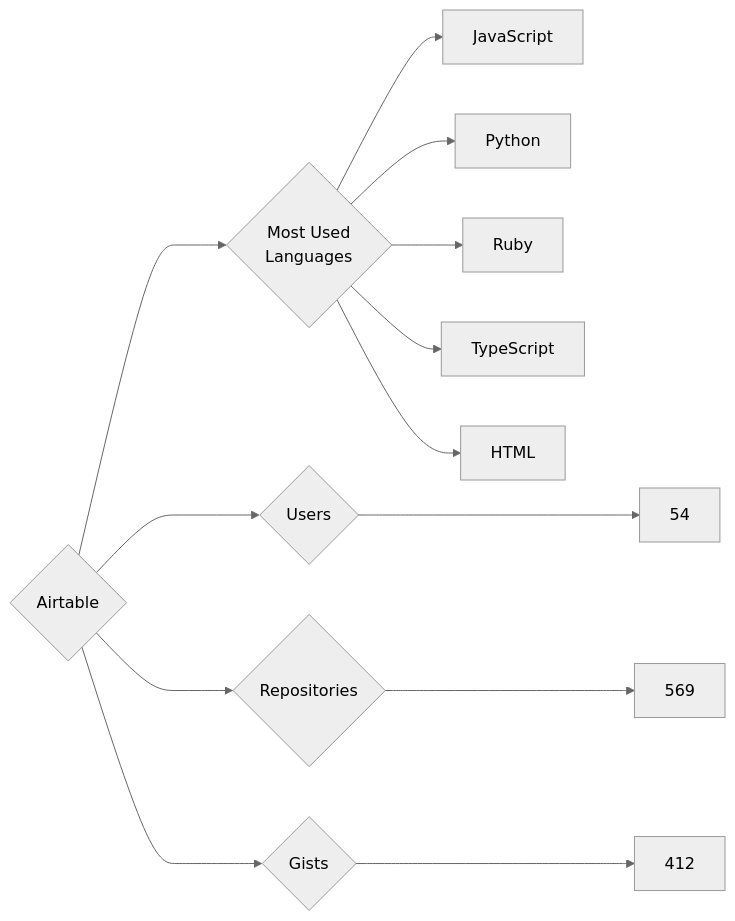
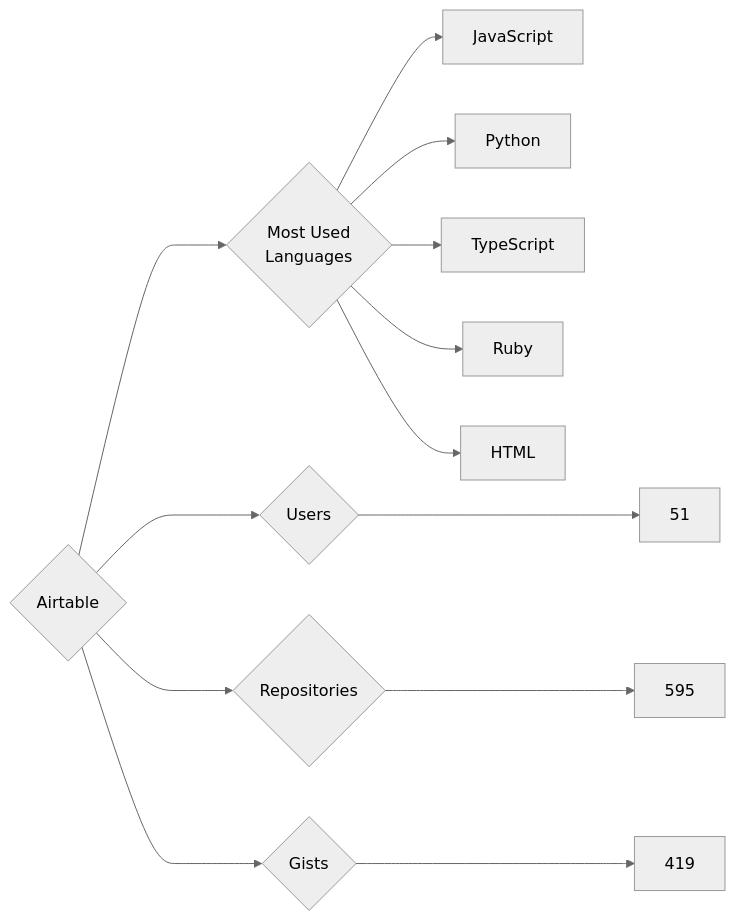
One commit to trickest/insiders changed the diagram in targets/Airtable/README.md. Above: the diagram before and after it, drawn with Mermaid (neutral theme). The commit also changed 614 other files, not shown here.

````diff
--- a/targets/Airtable/README.md
+++ b/targets/Airtable/README.md
@@ -3,13 +3,13 @@
 ```mermaid
 graph LR
 COMPANY_NAME{Airtable}
-COMPANY_NAME ---> U{Users} ---> UN[54]
-COMPANY_NAME ---> R{Repositories} ---> RN[569]
-COMPANY_NAME ---> G{Gists} ---> GN[412]
+COMPANY_NAME ---> U{Users} ---> UN[51]
+COMPANY_NAME ---> R{Repositories} ---> RN[595]
+COMPANY_NAME ---> G{Gists} ---> GN[419]
 COMPANY_NAME ---> ML{Most Used<br>Languages}
 ML --> JavaScript[JavaScript]
 ML --> Python[Python]
+ML --> TypeScript[TypeScript]
 ML --> Ruby[Ruby]
-ML --> TypeScript[TypeScript]
 ML --> HTML[HTML]
 ```
````
